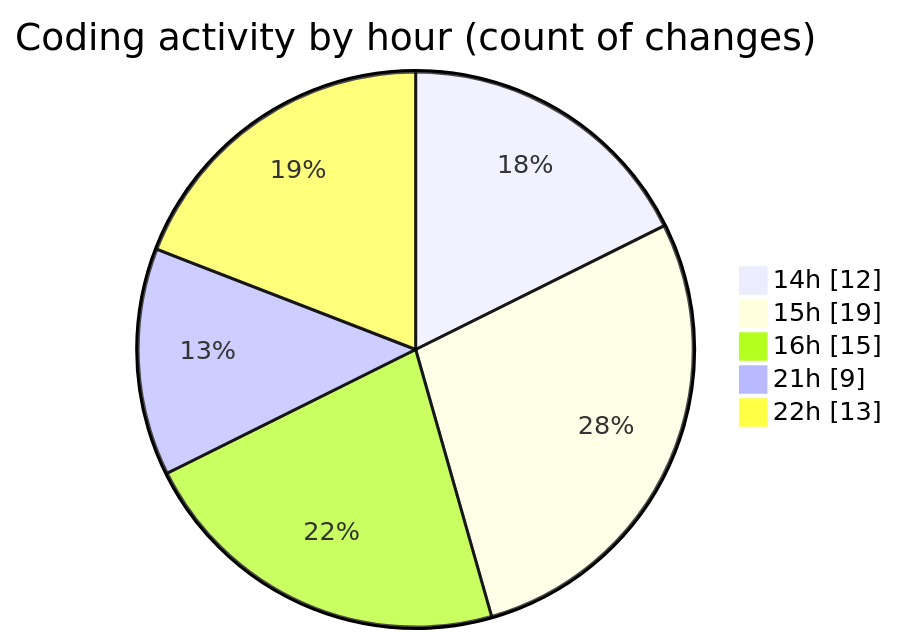
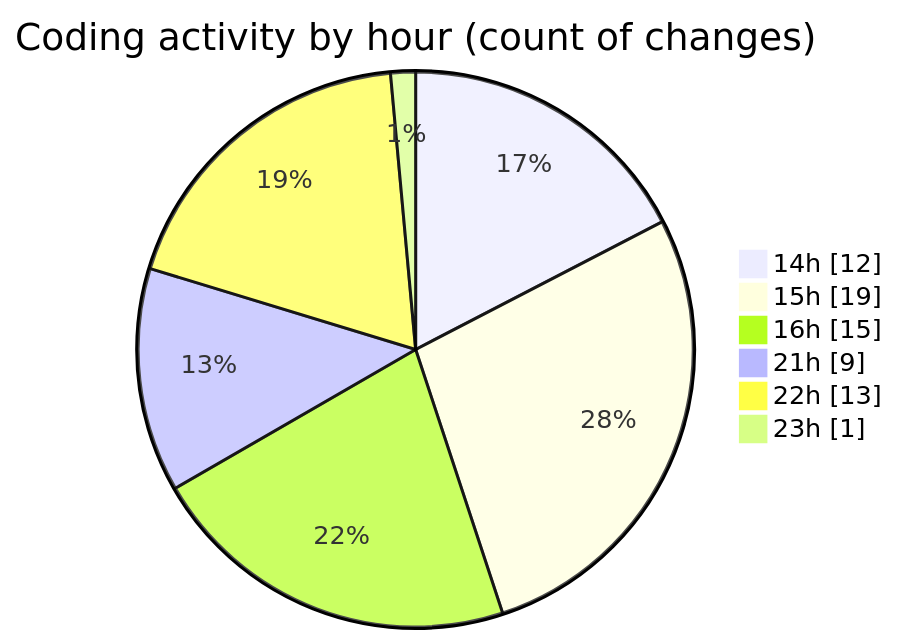
Before and after one commit to lephambinh05/code-tracking: the second of 2 diagrams in 2025-08-10/rentotp/README.md, drawn with Mermaid. The commit also changed other lines of this file and 1 other file, not shown here.

````diff
--- a/2025-08-10/rentotp/README.md
+++ b/2025-08-10/rentotp/README.md
@@ -39,9 +39,10 @@
 ```mermaid
 pie showData
 title Coding activity by hour (count of changes)
 "14h" : 12
 "15h" : 19
 "16h" : 15
 "21h" : 9
 "22h" : 13
+"23h" : 1
 ```
````
